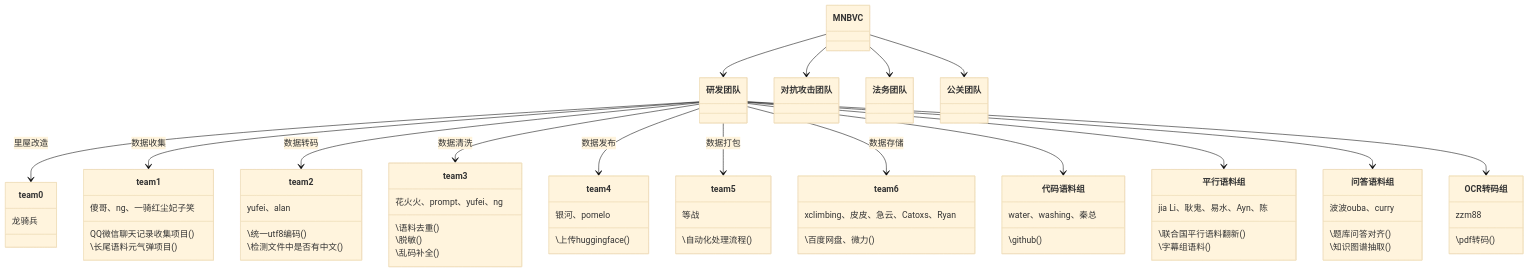
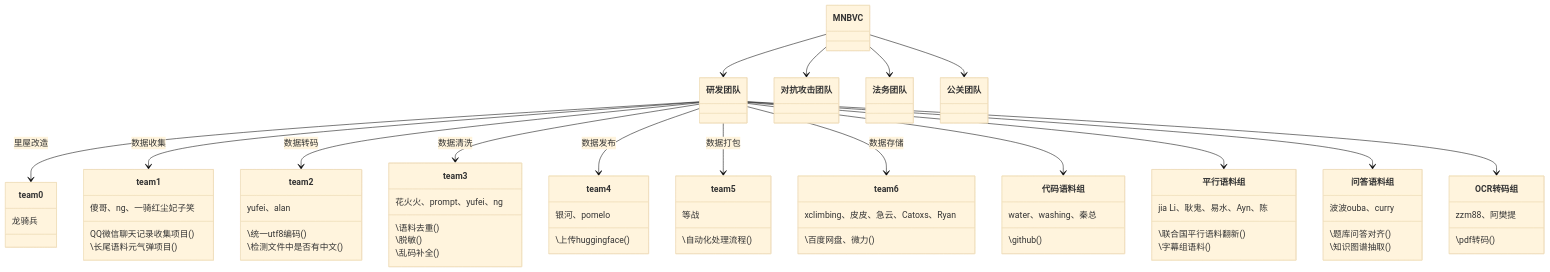
Before and after one commit to esbatmop/MNBVC: the diagram in README.md, drawn with Mermaid (base theme).

````diff
--- a/README.md
+++ b/README.md
@@ -52,68 +52,68 @@
 ```mermaid
 classDiagram
 MNBVC --> 研发团队
 MNBVC --> 对抗攻击团队
 MNBVC --> 法务团队
 MNBVC --> 公关团队
 研发团队 --> team0 : 里屋改造
 研发团队 --> team1 : 数据收集
 研发团队 --> team2 : 数据转码
 研发团队 --> team3 : 数据清洗
 研发团队 --> team4 : 数据发布
 研发团队 --> team5 : 数据打包
 研发团队 --> team6 : 数据存储
 研发团队 --> 代码语料组 
 研发团队 --> 平行语料组 
 研发团队 --> 问答语料组 
 研发团队 --> OCR转码组 
 
 class team0 {
   龙骑兵
 }
 class team1 {
   傻哥、ng、一骑红尘妃子笑
   QQ微信聊天记录收集项目()
   \长尾语料元气弹项目()
 }
 class team2 {
   yufei、alan
   \统一utf8编码()
   \检测文件中是否有中文()
 }
 class team3 {
   花火火、prompt、yufei、ng
   \语料去重()
   \脱敏()
   \乱码补全()
 }
 class team4 {
   银河、pomelo
   \上传huggingface()
 }
 class team5 {
   等战
   \自动化处理流程()
 }
 class team6 {
   xclimbing、皮皮、急云、Catoxs、Ryan
   \百度网盘、微力()
 }
 class 代码语料组 {
   water、washing、秦总
   \github()
 }
 class 平行语料组 {
   jia Li、耿鬼、易水、Ayn、陈
   \联合国平行语料翻新()
   \字幕组语料()
 }
 class 问答语料组 {
   波波ouba、curry
   \题库问答对齐()
   \知识图谱抽取()
 }
 class OCR转码组 {
-  zzm88
+  zzm88、阿樊提
   \pdf转码()
 }
 ```
````
